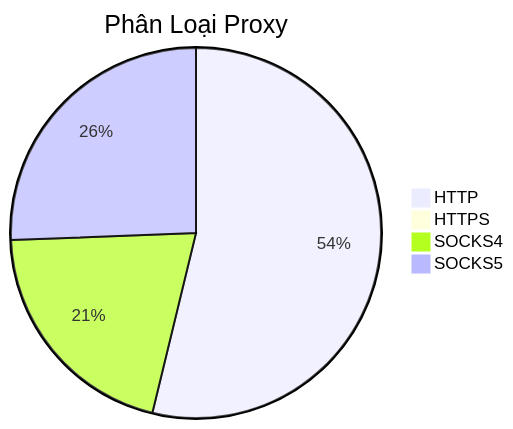
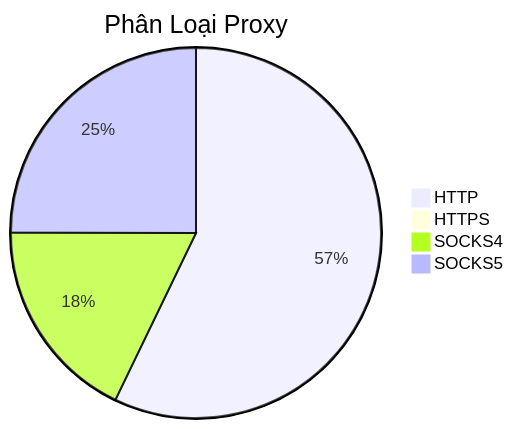
One commit to Ciara-12/PROXY-free changed the diagram in README.md. Above: the diagram before and after it, drawn with Mermaid. The commit also changed other lines of this file and 3 other files, not shown here.

````diff
--- a/README.md
+++ b/README.md
@@ -26,7 +26,7 @@
 ```mermaid
 pie title Phân Loại Proxy
-    "HTTP" : 710
+    "HTTP" : 726
     "HTTPS" : 1
-    "SOCKS4" : 272
-    "SOCKS5" : 338
+    "SOCKS4" : 227
+    "SOCKS5" : 317
 ```
````
